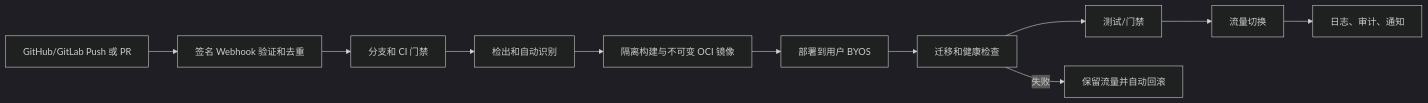
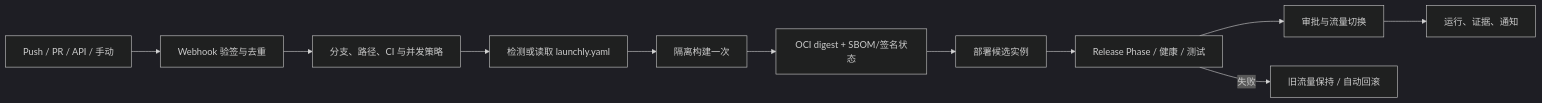
The diagram in docs/basic/产品设计规范.md (tppc-linksc/Launchly), drawn with Mermaid (dark theme) before and after one commit. The commit also changed other lines of this file and 12 other files, not shown here.

````diff
--- a/docs/basic/产品设计规范.md
+++ b/docs/basic/产品设计规范.md
@@ -35,13 +95,13 @@
 ```mermaid
 flowchart LR
-  A[GitHub/GitLab Push 或 PR] --> B[签名 Webhook 验证和去重]
-  B --> C[分支和 CI 门禁]
-  C --> D[检出和自动识别]
-  D --> E[隔离构建与不可变 OCI 镜像]
-  E --> F[部署到用户 BYOS]
-  F --> G[迁移和健康检查]
-  G --> H[测试/门禁]
-  H --> I[流量切换]
-  G -->|失败| J[保留流量并自动回滚]
-  I --> K[日志、审计、通知]
+  A[Push / PR / API / 手动] --> B[Webhook 验签与去重]
+  B --> C[分支、路径、CI 与并发策略]
+  C --> D[检测或读取 launchly.yaml]
+  D --> E[隔离构建一次]
+  E --> F[OCI digest + SBOM/签名状态]
+  F --> G[部署候选实例]
+  G --> H[Release Phase / 健康 / 测试]
+  H --> I[审批与流量切换]
+  I --> J[运行、证据、通知]
+  H -->|失败| K[旧流量保持 / 自动回滚]
 ```
````
